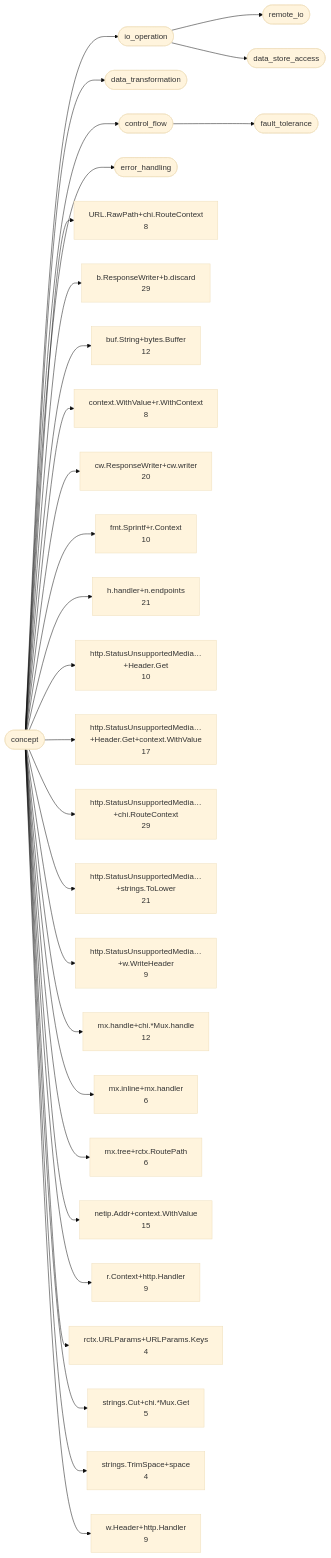
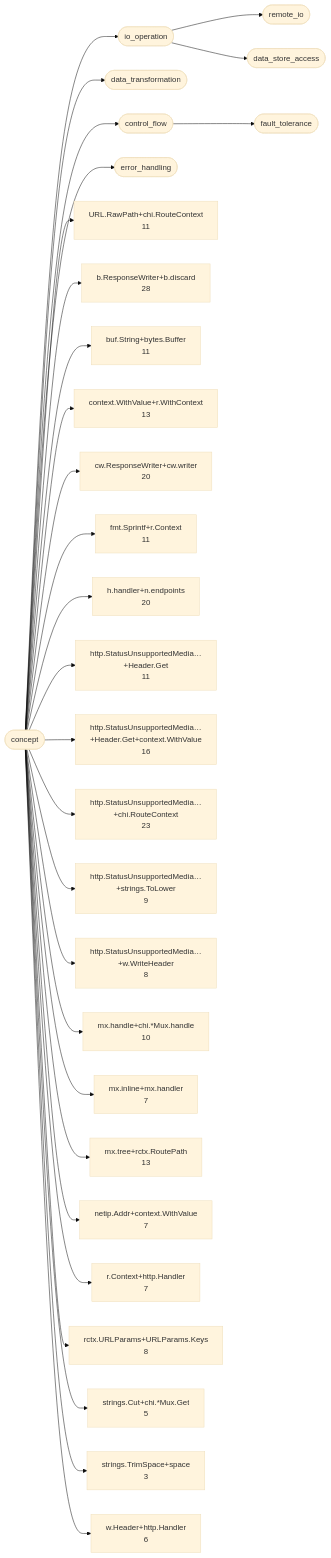
One commit to LukasSelin/doppel changed the first of 7 diagrams in examples/chi.md. Above: the diagram before and after it, drawn with Mermaid (base theme). The commit also changed other lines of this file and 15 other files, not shown here.

````diff
--- a/examples/chi.md
+++ b/examples/chi.md
@@ -55,60 +55,60 @@
 ```mermaid
 flowchart LR
     c0(["concept"])
     c1(["io_operation"])
     c2(["remote_io"])
     c3(["data_store_access"])
     c4(["data_transformation"])
     c5(["control_flow"])
     c6(["fault_tolerance"])
     c7(["error_handling"])
-    c8["URL.RawPath+chi.RouteContext<br/>8"]
-    c9["b.ResponseWriter+b.discard<br/>29"]
-    c10["buf.String+bytes.Buffer<br/>12"]
-    c11["context.WithValue+r.WithContext<br/>8"]
+    c8["URL.RawPath+chi.RouteContext<br/>11"]
+    c9["b.ResponseWriter+b.discard<br/>28"]
+    c10["buf.String+bytes.Buffer<br/>11"]
+    c11["context.WithValue+r.WithContext<br/>13"]
     c12["cw.ResponseWriter+cw.writer<br/>20"]
-    c13["fmt.Sprintf+r.Context<br/>10"]
-    c14["h.handler+n.endpoints<br/>21"]
-    c15["http.StatusUnsupportedMedia…+Header.Get<br/>10"]
-    c16["http.StatusUnsupportedMedia…+Header.Get+context.WithValue<br/>17"]
-    c17["http.StatusUnsupportedMedia…+chi.RouteContext<br/>29"]
-    c18["http.StatusUnsupportedMedia…+strings.ToLower<br/>21"]
-    c19["http.StatusUnsupportedMedia…+w.WriteHeader<br/>9"]
-    c20["mx.handle+chi.*Mux.handle<br/>12"]
-    c21["mx.inline+mx.handler<br/>6"]
-    c22["mx.tree+rctx.RoutePath<br/>6"]
-    c23["netip.Addr+context.WithValue<br/>15"]
-    c24["r.Context+http.Handler<br/>9"]
-    c25["rctx.URLParams+URLParams.Keys<br/>4"]
+    c13["fmt.Sprintf+r.Context<br/>11"]
+    c14["h.handler+n.endpoints<br/>20"]
+    c15["http.StatusUnsupportedMedia…+Header.Get<br/>11"]
+    c16["http.StatusUnsupportedMedia…+Header.Get+context.WithValue<br/>16"]
+    c17["http.StatusUnsupportedMedia…+chi.RouteContext<br/>23"]
+    c18["http.StatusUnsupportedMedia…+strings.ToLower<br/>9"]
+    c19["http.StatusUnsupportedMedia…+w.WriteHeader<br/>8"]
+    c20["mx.handle+chi.*Mux.handle<br/>10"]
+    c21["mx.inline+mx.handler<br/>7"]
+    c22["mx.tree+rctx.RoutePath<br/>13"]
+    c23["netip.Addr+context.WithValue<br/>7"]
+    c24["r.Context+http.Handler<br/>7"]
+    c25["rctx.URLParams+URLParams.Keys<br/>8"]
     c26["strings.Cut+chi.*Mux.Get<br/>5"]
-    c27["strings.TrimSpace+space<br/>4"]
-    c28["w.Header+http.Handler<br/>9"]
+    c27["strings.TrimSpace+space<br/>3"]
+    c28["w.Header+http.Handler<br/>6"]
     c0 --> c1
     c1 --> c2
     c1 --> c3
     c0 --> c4
     c0 --> c5
     c5 --> c6
     c0 --> c7
     c0 --> c8
     c0 --> c9
     c0 --> c10
     c0 --> c11
     c0 --> c12
     c0 --> c13
     c0 --> c14
     c0 --> c15
     c0 --> c16
     c0 --> c17
     c0 --> c18
     c0 --> c19
     c0 --> c20
     c0 --> c21
     c0 --> c22
     c0 --> c23
     c0 --> c24
     c0 --> c25
     c0 --> c26
     c0 --> c27
     c0 --> c28
 ```
````
